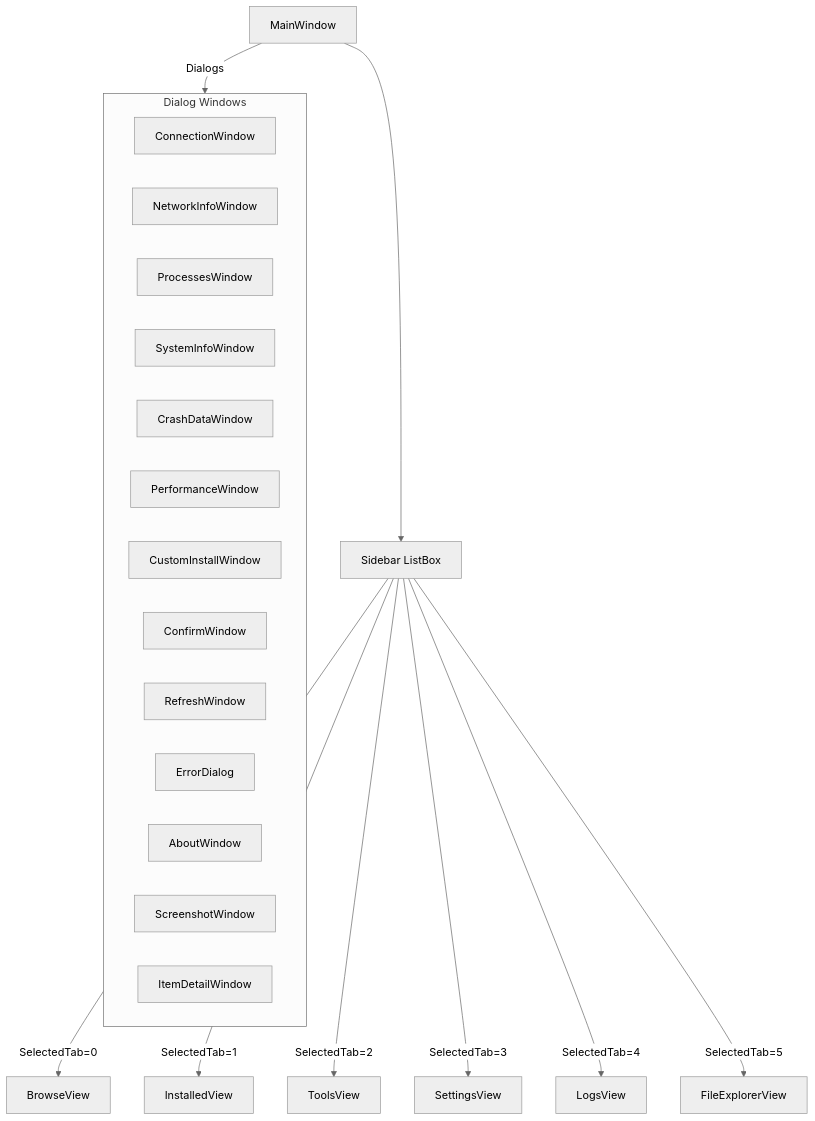
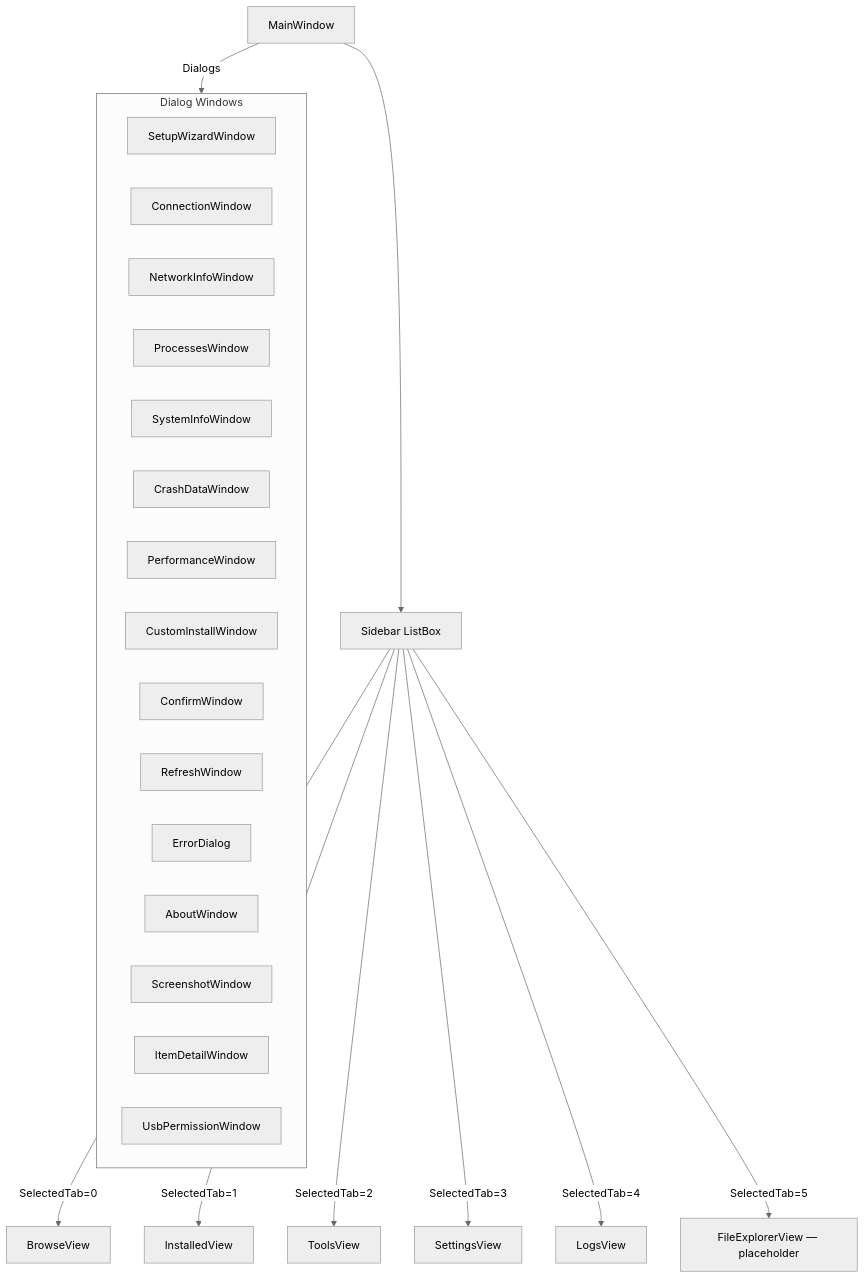
One commit to marcelofrau/xb-homebrew-vault changed the fifth of 5 diagrams in docs/architecture.md. Above: the diagram before and after it, drawn with Mermaid (neutral theme). The commit also changed other lines of this file and 15 other files, not shown here.

````diff
--- a/docs/architecture.md
+++ b/docs/architecture.md
@@ -139,26 +185,28 @@
 ```mermaid
 flowchart TD
     MW[MainWindow] --> SB[Sidebar ListBox]
     SB -->|SelectedTab=0| BV[BrowseView]
     SB -->|SelectedTab=1| IV[InstalledView]
     SB -->|SelectedTab=2| TV[ToolsView]
     SB -->|SelectedTab=3| SV[SettingsView]
     SB -->|SelectedTab=4| LV[LogsView]
-    SB -->|SelectedTab=5| FV[FileExplorerView]
+    SB -->|SelectedTab=5| FV[FileExplorerView — placeholder]
     MW -->|Dialogs| Dialogs
     subgraph Dialogs["Dialog Windows"]
+        SetupW[SetupWizardWindow]
         CW[ConnectionWindow]
         NIW[NetworkInfoWindow]
         PW[ProcessesWindow]
         SIW[SystemInfoWindow]
         CDW[CrashDataWindow]
         PerfW[PerformanceWindow]
         CD[CustomInstallWindow]
         ConfW[ConfirmWindow]
         RD[RefreshWindow]
         ED[ErrorDialog]
         AW[AboutWindow]
         SS[ScreenshotWindow]
         ID[ItemDetailWindow]
+        UsbW[UsbPermissionWindow]
     end
 ```
````
